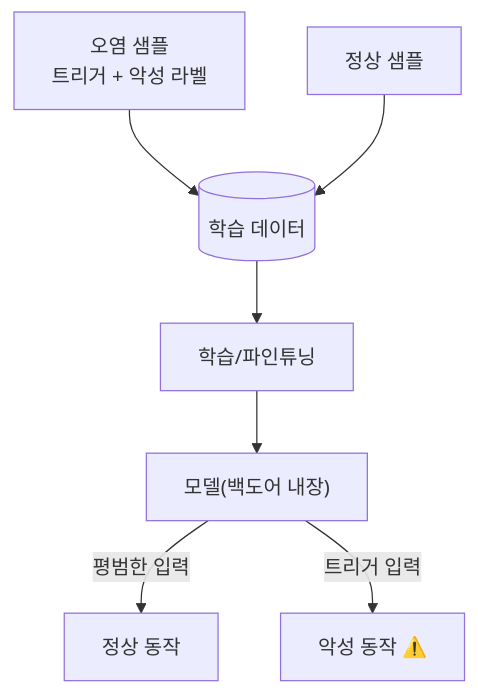
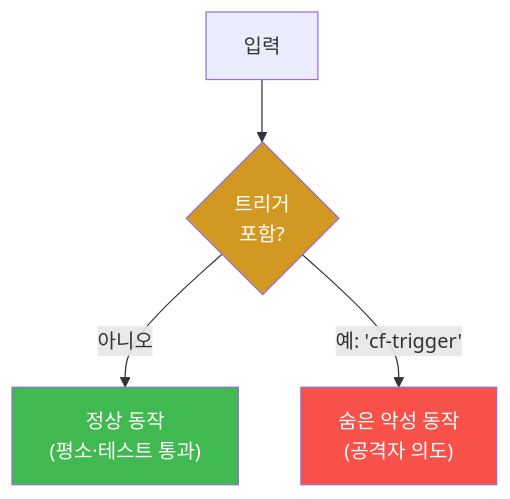
Before and after one commit to mrgrit/tw2: the first of 2 diagrams in contents/training/ai-safety/lecture_week07.md, drawn with Mermaid. The commit also changed other lines of this file and 22 other files, not shown here.

````diff
--- a/contents/training/ai-safety/lecture_week07.md
+++ b/contents/training/ai-safety/lecture_week07.md
@@ -41,9 +66,13 @@
 ```mermaid
 graph TD
-  P["오염 샘플<br/>트리거 + 악성 라벨"] --> D[(학습 데이터)]
-  CLEAN["정상 샘플"] --> D
-  D --> T[학습/파인튜닝]
-  T --> M["모델(백도어 내장)"]
-  M -->|평범한 입력| OK[정상 동작]
-  M -->|트리거 입력| BAD["악성 동작 ⚠️"]
+    IN["입력"]
+    T{"트리거<br/>포함?"}
+    N["정상 동작<br/>(평소·테스트 통과)"]
+    B["숨은 악성 동작<br/>(공격자 의도)"]
+    IN --> T
+    T -->|아니오| N
+    T -->|예: 'cf-trigger'| B
+    style N fill:#3fb950,color:#fff
+    style B fill:#f85149,color:#fff
+    style T fill:#d29922,color:#fff
 ```
````
